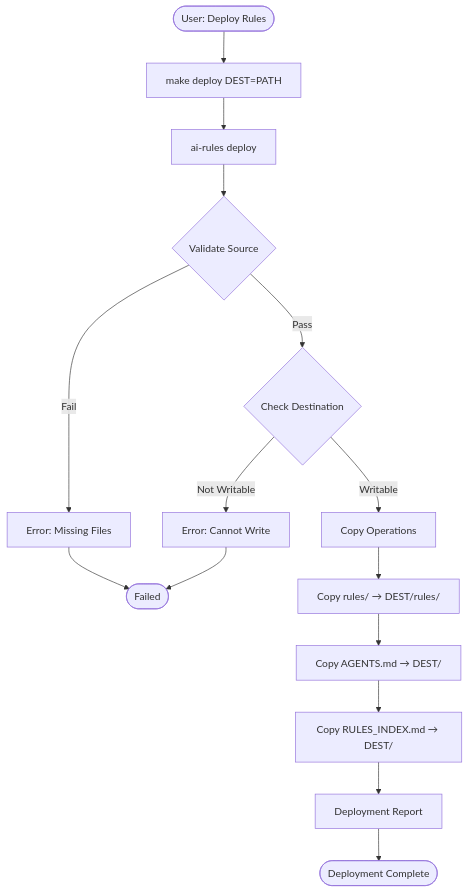
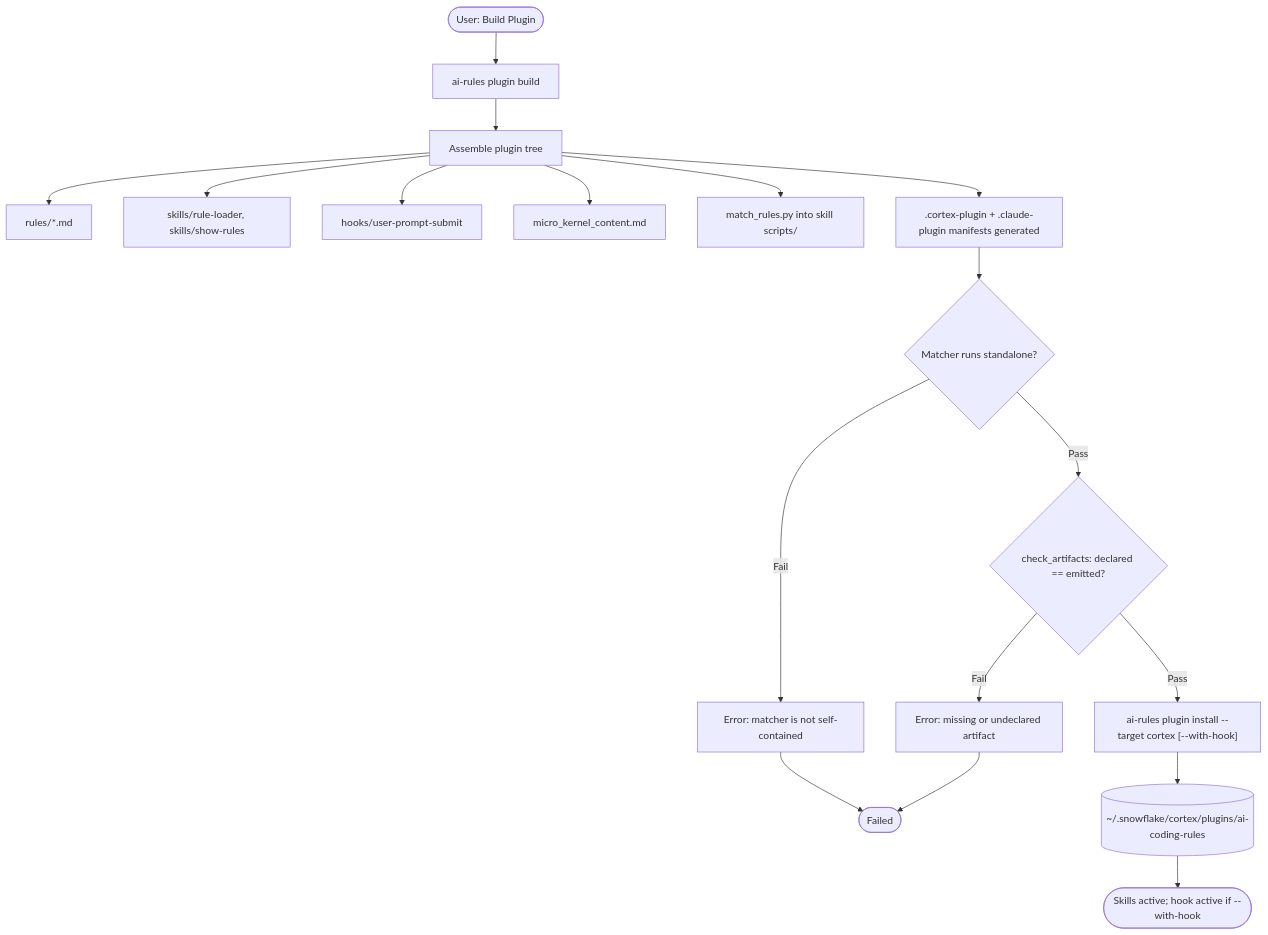
Before and after one commit to sfc-gh-myoung/ai_coding_rules: the second of 2 diagrams in docs/ARCHITECTURE.md, drawn with Mermaid. The commit also changed other lines of this file and 737 other files, not shown here.

First line of the commit message:
feat!: release v4.0.0 plugin architecture and v4 rule schema (#9)

````diff
--- a/docs/ARCHITECTURE.md
+++ b/docs/ARCHITECTURE.md
@@ -392,18 +518,21 @@
 ```mermaid
 flowchart TD
-    Start([User: Deploy Rules]) --> Command
-    Command[make deploy DEST=PATH] --> Deployer
-    Deployer[ai-rules deploy] --> Validate{Validate Source}
-    Validate -->|Fail| Error[Error: Missing Files]
-    Validate -->|Pass| CheckDest{Check Destination}
-    CheckDest -->|Not Writable| Error2[Error: Cannot Write]
-    CheckDest -->|Writable| Copy
-    Copy[Copy Operations] --> CopyRules[Copy rules/ → DEST/rules/]
-    CopyRules --> CopyAgents[Copy AGENTS.md → DEST/]
-    CopyAgents --> CopyIndex[Copy RULES_INDEX.md → DEST/]
-    CopyIndex --> Report[Deployment Report]
-    Report --> Success([Deployment Complete])
+    Start([User: Build Plugin]) --> Command
+    Command["ai-rules plugin build"] --> Assemble
+    Assemble[Assemble plugin tree] --> CopyRules[rules/*.md]
+    Assemble --> CopySkills[skills/rule-loader, skills/show-rules]
+    Assemble --> CopyHook[hooks/user-prompt-submit]
+    Assemble --> CopyKernel[micro_kernel_content.md]
+    Assemble --> CopyMatcher[match_rules.py into skill scripts/]
+    Assemble --> Manifest[.cortex-plugin + .claude-plugin manifests generated]
+    Manifest --> Standalone{Matcher runs standalone?}
+    Standalone -->|Fail| Error[Error: matcher is not self-contained]
+    Standalone -->|Pass| Contract{check_artifacts: declared == emitted?}
+    Contract -->|Fail| Error2[Error: missing or undeclared artifact]
+    Contract -->|Pass| Install["ai-rules plugin install --target cortex [--with-hook]"]
+    Install --> Registry[(~/.snowflake/cortex/plugins/ai-coding-rules)]
+    Registry --> Active([Skills active; hook active if --with-hook])
 
     Error --> End([Failed])
     Error2 --> End
 ```
````
